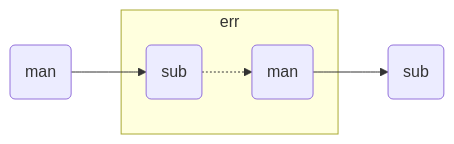
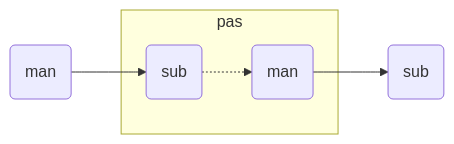
Before and after one commit to jeras/TCB: the sixth of 8 diagrams in doc/TCB.md, drawn with Mermaid. The commit also changed other lines of this file and 1 other file, not shown here.

````diff
--- a/doc/TCB.md
+++ b/doc/TCB.md
@@ -337,8 +352,8 @@
 ```mermaid
 flowchart LR
     tcb_man(man) --> tcb_pas_sub
-    subgraph tcb_err[err]
+    subgraph tcb_pas[pas]
         tcb_pas_sub(sub) -.-> tcb_pas_man(man)
     end
     tcb_pas_man --> tcb_sub(sub)
 ```
````
